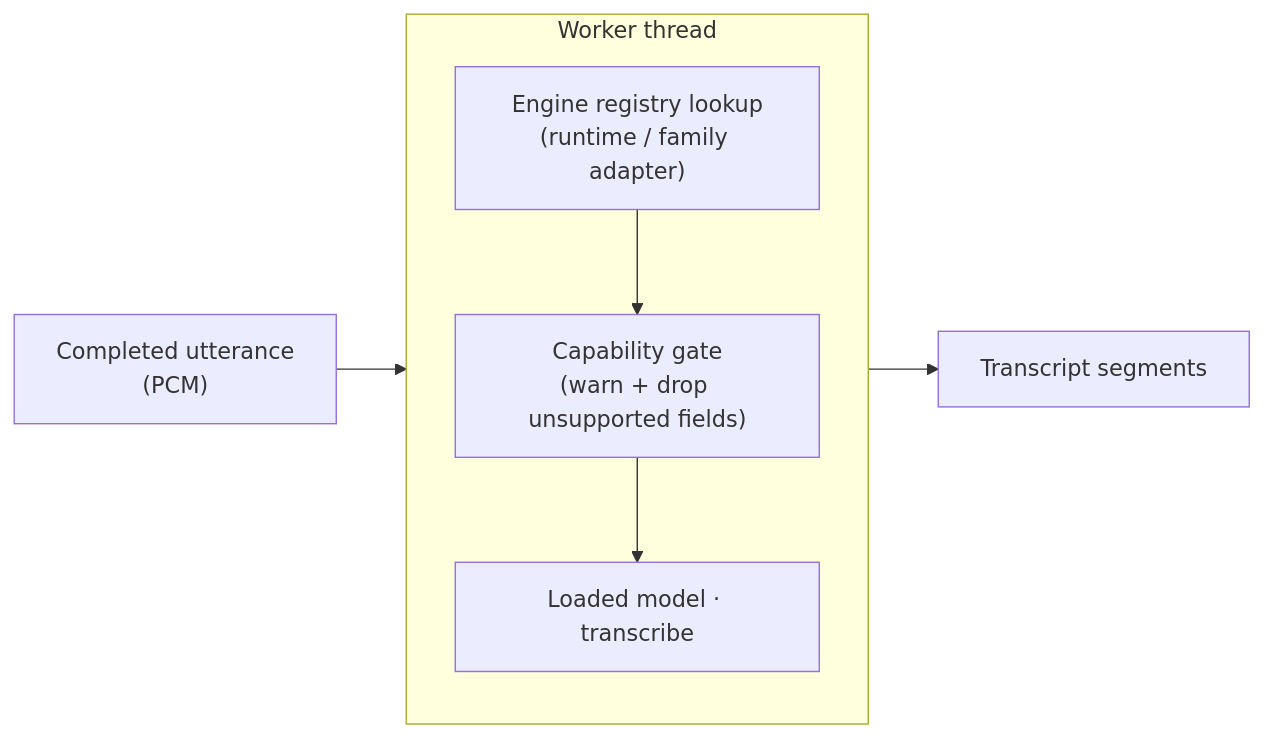
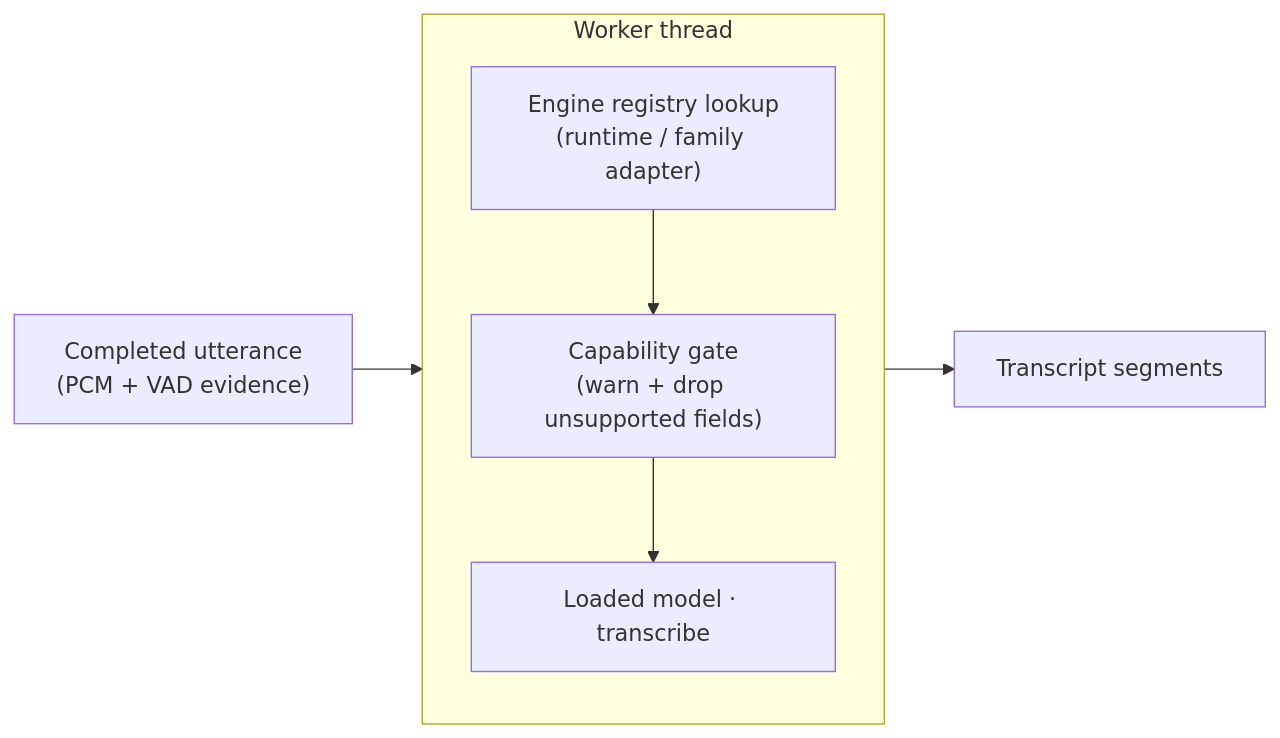
Before and after one commit to brittain9/obsidian-local-speech-to-text: the sixth of 7 diagrams in docs/system-architecture.md, drawn with Mermaid. The commit also changed other lines of this file and 9 other files, not shown here.

First line of the commit message:
feat(vad): thread VoiceActivityEvidence through the pipeline

````diff
--- a/docs/system-architecture.md
+++ b/docs/system-architecture.md
@@ -249,14 +251,14 @@
 ```mermaid
 flowchart LR
-    UTT["Completed utterance<br/>(PCM)"] --> WORKER
+    UTT["Completed utterance<br/>(PCM + VAD evidence)"] --> WORKER
 
     subgraph WORKER ["Worker thread"]
         direction TB
         LOOKUP["Engine registry lookup<br/>(runtime / family adapter)"]
         GATE["Capability gate<br/>(warn + drop unsupported fields)"]
         INF["Loaded model · transcribe"]
         LOOKUP --> GATE --> INF
     end
 
     WORKER --> OUT["Transcript segments"]
 ```
````
